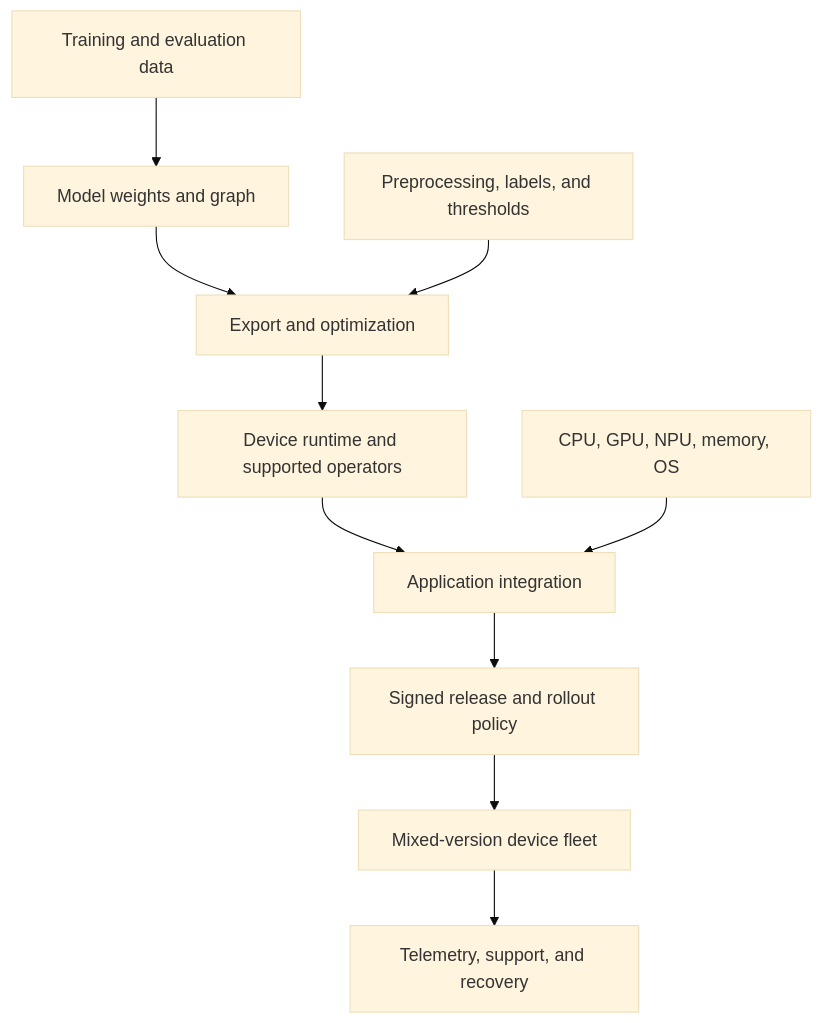
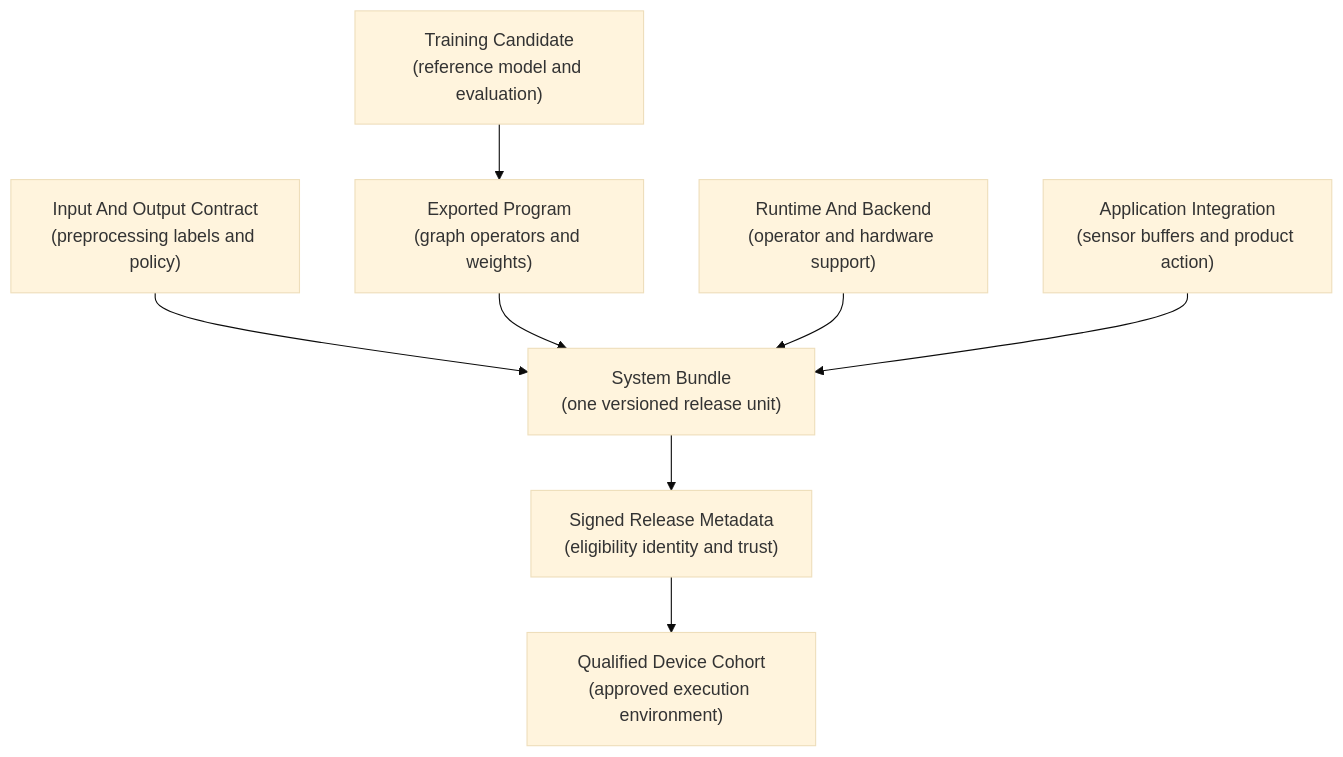
The second of 8 diagrams in roadmaps/mlops/modules/model-serving/inference-patterns/04-edge-and-on-device-inference.md (senlinyy/dev-roadmaps), drawn with Mermaid (base theme) before and after one commit. The commit also changed other lines of this file and 152 other files, not shown here.

Commit message:
feat: mlops and diagrams updated

````diff
--- a/roadmaps/mlops/modules/model-serving/inference-patterns/04-edge-and-on-device-inference.md
+++ b/roadmaps/mlops/modules/model-serving/inference-patterns/04-edge-and-on-device-inference.md
@@ -35,12 +109,12 @@
 ```mermaid
-flowchart TB
-    D["Training and evaluation data"] --> M["Model weights and graph"]
-    M --> E["Export and optimization"]
-    P["Preprocessing, labels, and thresholds"] --> E
-    E --> R["Device runtime and supported operators"]
-    R --> A["Application integration"]
-    H["CPU, GPU, NPU, memory, OS"] --> A
-    A --> U["Signed release and rollout policy"]
-    U --> F["Mixed-version device fleet"]
-    F --> O["Telemetry, support, and recovery"]
+flowchart TD
+    A["Training Candidate<br/>(reference model and evaluation)"] --> B["Exported Program<br/>(graph operators and weights)"]
+    C["Input And Output Contract<br/>(preprocessing labels and policy)"] --> D["System Bundle<br/>(one versioned release unit)"]
+    B --> D
+    E["Runtime And Backend<br/>(operator and hardware support)"] --> D
+    F["Application Integration<br/>(sensor buffers and product action)"] --> D
+    D --> G["Signed Release Metadata<br/>(eligibility identity and trust)"]
+    G --> H["Qualified Device Cohort<br/>(approved execution environment)"]
+
+    class A candidate; class B,C,E,F contract; class D bundle; class G,H release
 ```
````
